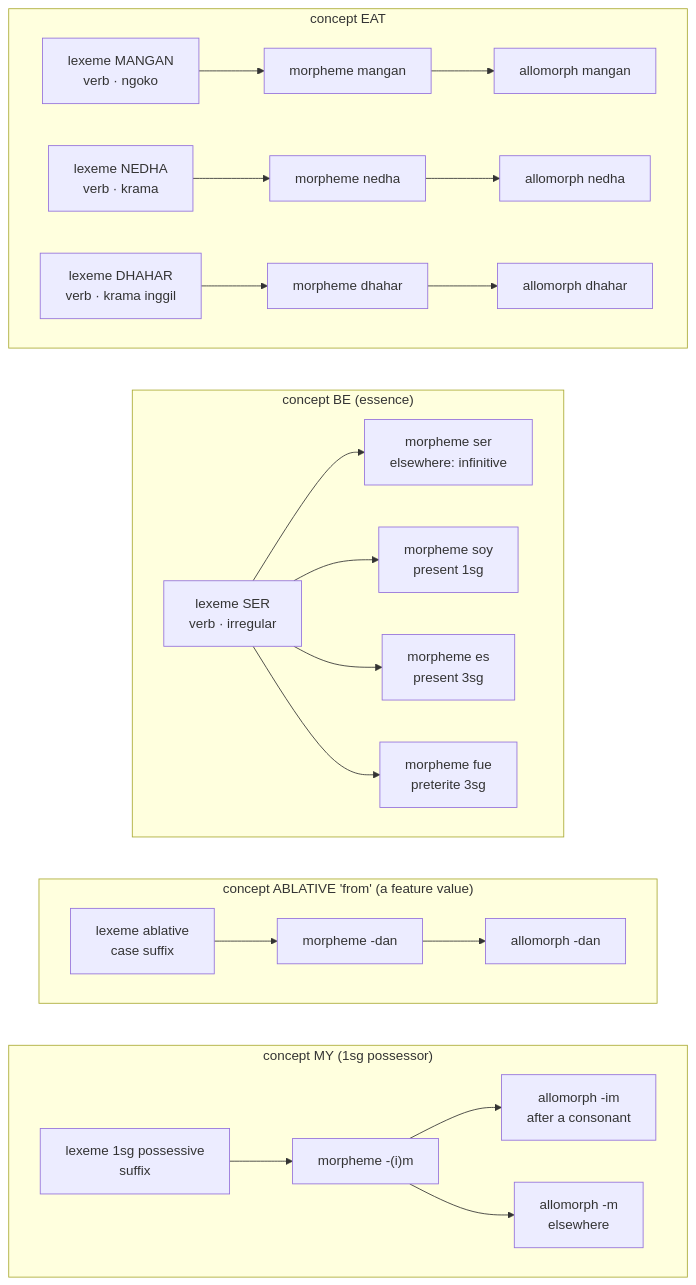
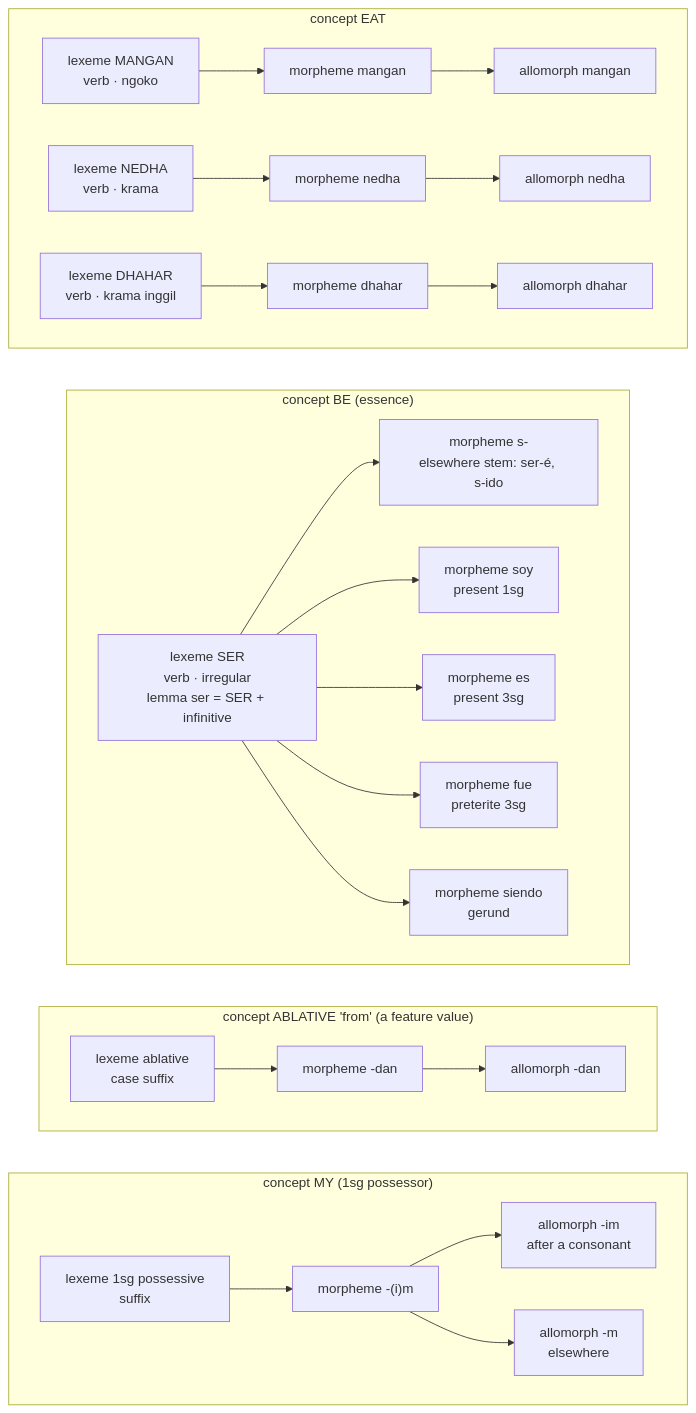
Before and after one commit to iwsfutcmd/nabu: the second of 6 diagrams in docs/lexeme-model.md, drawn with Mermaid. The commit also changed other lines of this file, not shown here.

First line of the commit message:
docs(lexeme-model): affix lexemes; concept coverage; the lemma is the citation cell; order kept

````diff
--- a/docs/lexeme-model.md
+++ b/docs/lexeme-model.md
@@ -91,29 +91,30 @@
 ```mermaid
 flowchart TB
   subgraph EAT["concept EAT"]
     direction LR
     L1["lexeme MANGAN<br/>verb · ngoko"] --> M1["morpheme mangan"] --> A1["allomorph mangan"]
     L2["lexeme NEDHA<br/>verb · krama"] --> M2["morpheme nedha"] --> A2["allomorph nedha"]
     L3["lexeme DHAHAR<br/>verb · krama inggil"] --> M3["morpheme dhahar"] --> A3["allomorph dhahar"]
   end
   subgraph BE["concept BE (essence)"]
     direction LR
-    L4["lexeme SER<br/>verb · irregular"] --> M4a["morpheme ser<br/>elsewhere: infinitive"]
+    L4["lexeme SER<br/>verb · irregular<br/>lemma ser = SER + infinitive"] --> M4a["morpheme s‑<br/>elsewhere stem: ser‑é, s‑ido"]
     L4 --> M4b["morpheme soy<br/>present 1sg"]
     L4 --> M4c["morpheme es<br/>present 3sg"]
     L4 --> M4d["morpheme fue<br/>preterite 3sg"]
+    L4 --> M4e["morpheme siendo<br/>gerund"]
   end
   subgraph ABL["concept ABLATIVE 'from' (a feature value)"]
     direction LR
     L5["lexeme ablative<br/>case suffix"] --> M5["morpheme ‑dan"] --> A5["allomorph ‑dan"]
   end
   subgraph POSS["concept MY (1sg possessor)"]
     direction LR
     L6["lexeme 1sg possessive<br/>suffix"] --> M6["morpheme ‑(i)m"]
     M6 --> A6a["allomorph ‑im<br/>after a consonant"]
     M6 --> A6b["allomorph ‑m<br/>elsewhere"]
   end
   EAT ~~~ BE
   BE ~~~ ABL
   ABL ~~~ POSS
 ```
````
